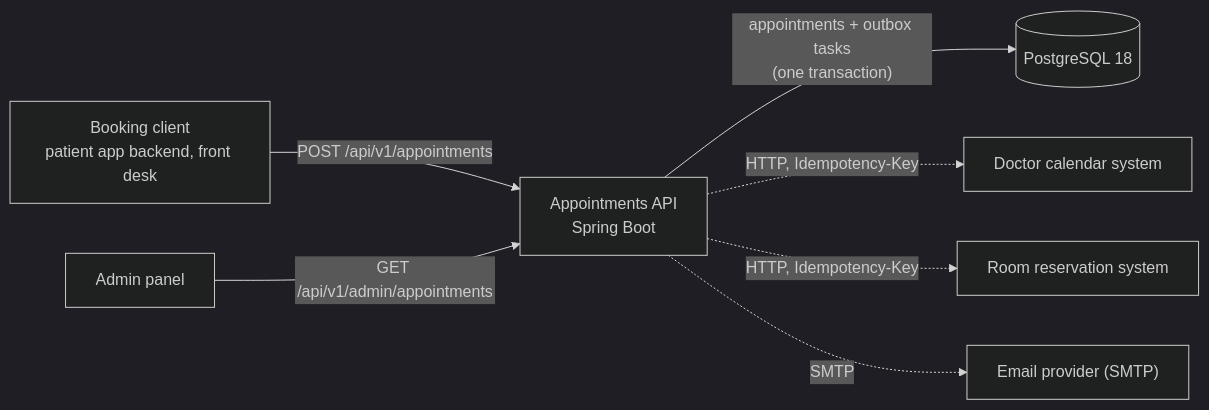
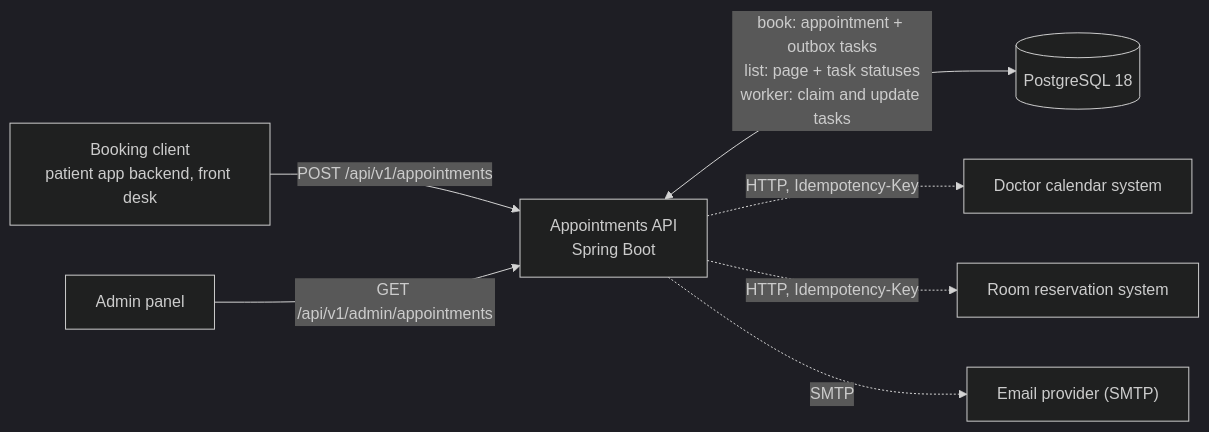
The diagram in README.md (paulotrevizan/appointments-api), drawn with Mermaid (dark theme) before and after one commit.

Commit message:
docs: show reads as well as writes in the README context diagram

````diff
--- a/README.md
+++ b/README.md
@@ -44,17 +44,17 @@
 ```mermaid
 flowchart LR
   client["Booking client<br/>patient app backend, front desk"]
   admin["Admin panel"]
   api["Appointments API<br/>Spring Boot"]
   db[("PostgreSQL 18")]
   calendar["Doctor calendar system"]
   rooms["Room reservation system"]
   smtp["Email provider (SMTP)"]
 
   client -->|"POST /api/v1/appointments"| api
   admin -->|"GET /api/v1/admin/appointments"| api
-  api -->|"appointments + outbox tasks<br/>(one transaction)"| db
+  api <-->|"book: appointment + outbox tasks<br/>list: page + task statuses<br/>worker: claim and update tasks"| db
   api -.->|"HTTP, Idempotency-Key"| calendar
   api -.->|"HTTP, Idempotency-Key"| rooms
   api -.->|"SMTP"| smtp
 ```
````
